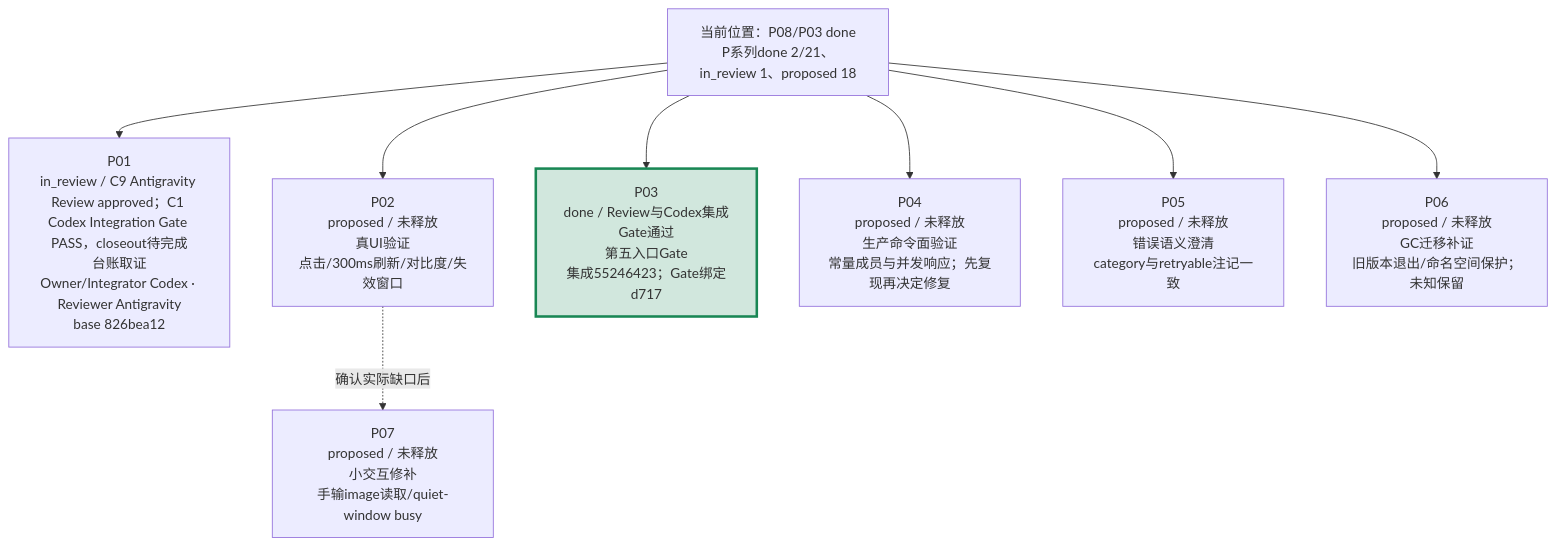
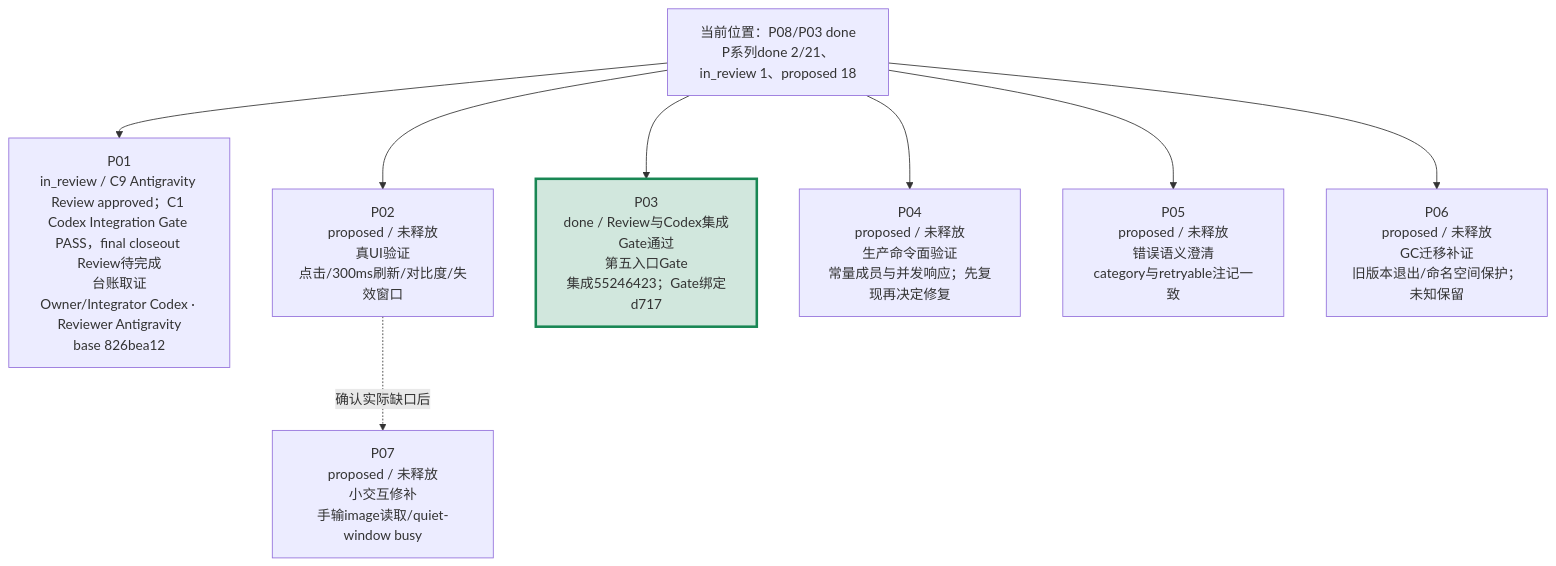
Before and after one commit to peakwheat-pixel/New-Manga: the second of 4 diagrams in verification/PROJECT-ROADMAP-20261008/ROADMAP.md, drawn with Mermaid. The commit also changed other lines of this file and 9 other files, not shown here.

Commit message:
P01: prepare final fixed-head review

````diff
--- a/verification/PROJECT-ROADMAP-20261008/ROADMAP.md
+++ b/verification/PROJECT-ROADMAP-20261008/ROADMAP.md
@@ -30,11 +30,11 @@
 ```mermaid
 flowchart TB
-  BASE["当前位置：P08/P03 done<br/>P系列done 2/21、in_review 1、proposed 18"] --> P01["P01<br/>in_review / C9 Antigravity Review approved；C1 Codex Integration Gate PASS，closeout待完成<br/>台账取证<br/>Owner/Integrator Codex · Reviewer Antigravity<br/>base 826bea12"]
+  BASE["当前位置：P08/P03 done<br/>P系列done 2/21、in_review 1、proposed 18"] --> P01["P01<br/>in_review / C9 Antigravity Review approved；C1 Codex Integration Gate PASS，final closeout Review待完成<br/>台账取证<br/>Owner/Integrator Codex · Reviewer Antigravity<br/>base 826bea12"]
   BASE --> P02["P02<br/>proposed / 未释放<br/>真UI验证<br/>点击/300ms刷新/对比度/失效窗口"]
   BASE --> P03["P03<br/>done / Review与Codex集成Gate通过<br/>第五入口Gate<br/>集成55246423；Gate绑定d717"]
   BASE --> P04["P04<br/>proposed / 未释放<br/>生产命令面验证<br/>常量成员与并发响应；先复现再决定修复"]
   BASE --> P05["P05<br/>proposed / 未释放<br/>错误语义澄清<br/>category与retryable注记一致"]
   BASE --> P06["P06<br/>proposed / 未释放<br/>GC迁移补证<br/>旧版本退出/命名空间保护；未知保留"]
   P02 -. "确认实际缺口后" .-> P07["P07<br/>proposed / 未释放<br/>小交互修补<br/>手输image读取/quiet-window busy"]
   style P03 fill:#d1e7dd,stroke:#198754,stroke-width:3px
 ```
````
